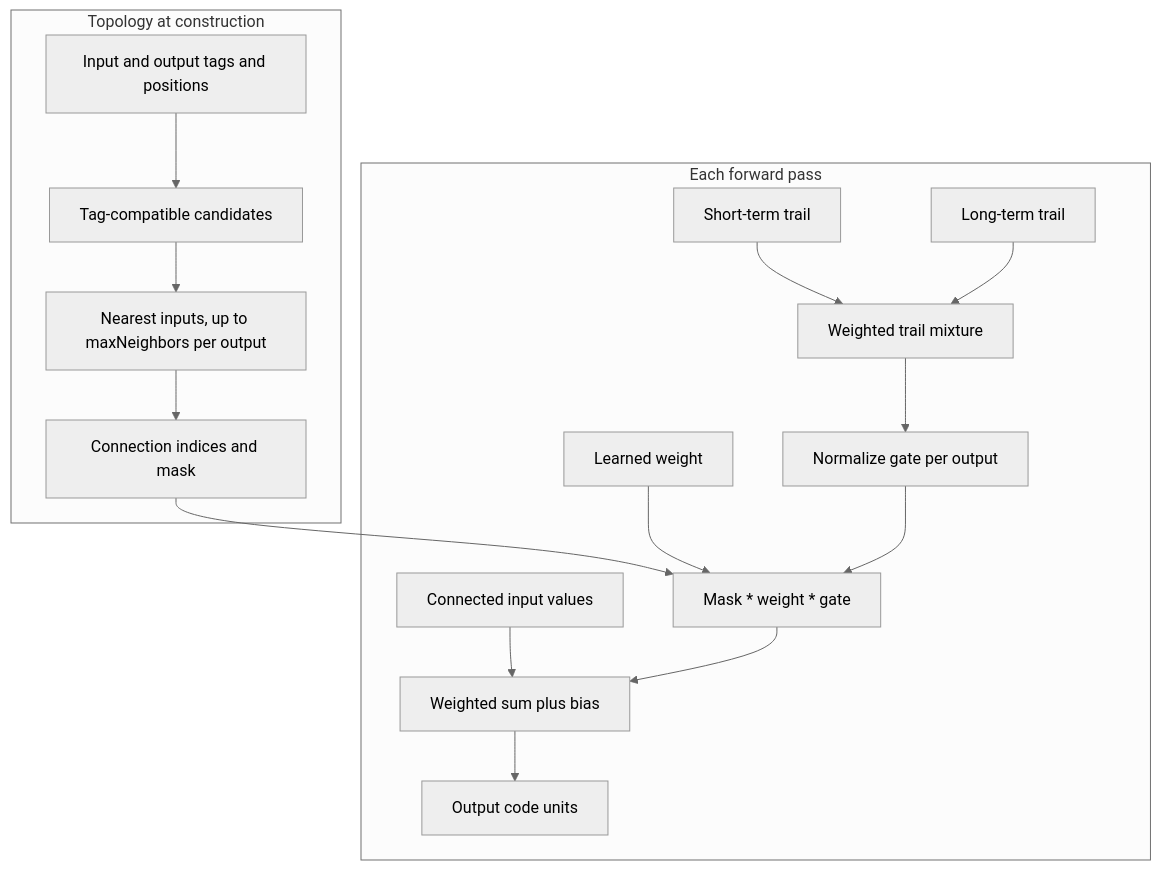
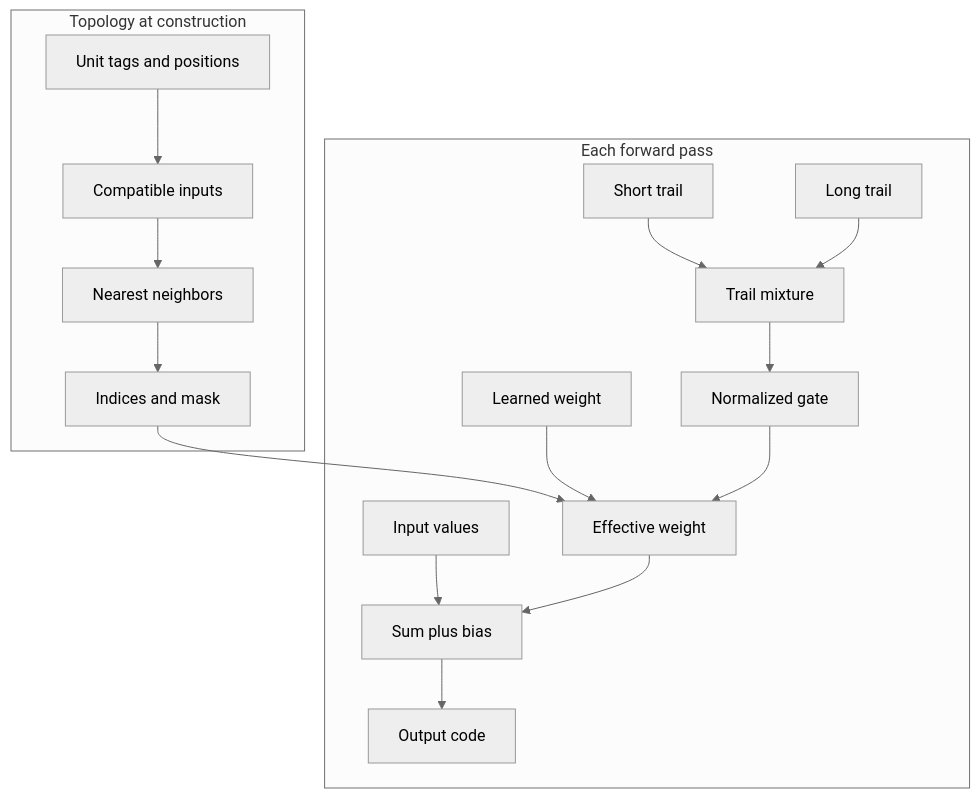
The third of 4 diagrams in README.en.md (Wrste/pheromone-network), drawn with Mermaid (neutral theme) before and after one commit. The commit also changed other lines of this file and 2 other files, not shown here.

Commit message:
docs: shorten model diagram labels

````diff
--- a/README.en.md
+++ b/README.en.md
@@ -120,19 +120,19 @@
 ```mermaid
 flowchart TD
   subgraph build[Topology at construction]
-    tags[Input and output tags and positions] --> candidates[Tag-compatible candidates]
-    candidates --> neighbors[Nearest inputs, up to maxNeighbors per output]
-    neighbors --> mask[Connection indices and mask]
+    tags[Unit tags and positions] --> candidates[Compatible inputs]
+    candidates --> neighbors[Nearest neighbors]
+    neighbors --> mask[Indices and mask]
   end
   subgraph forward[Each forward pass]
-    short[Short-term trail] --> blend[Weighted trail mixture]
-    long[Long-term trail] --> blend
-    blend --> gate[Normalize gate per output]
-    mask --> effective[Mask * weight * gate]
+    short[Short trail] --> blend[Trail mixture]
+    long[Long trail] --> blend
+    blend --> gate[Normalized gate]
+    mask --> effective[Effective weight]
     weight[Learned weight] --> effective
     gate --> effective
-    input[Connected input values] --> sum[Weighted sum plus bias]
+    input[Input values] --> sum[Sum plus bias]
     effective --> sum
-    sum --> output[Output code units]
+    sum --> output[Output code]
   end
 ```
````
